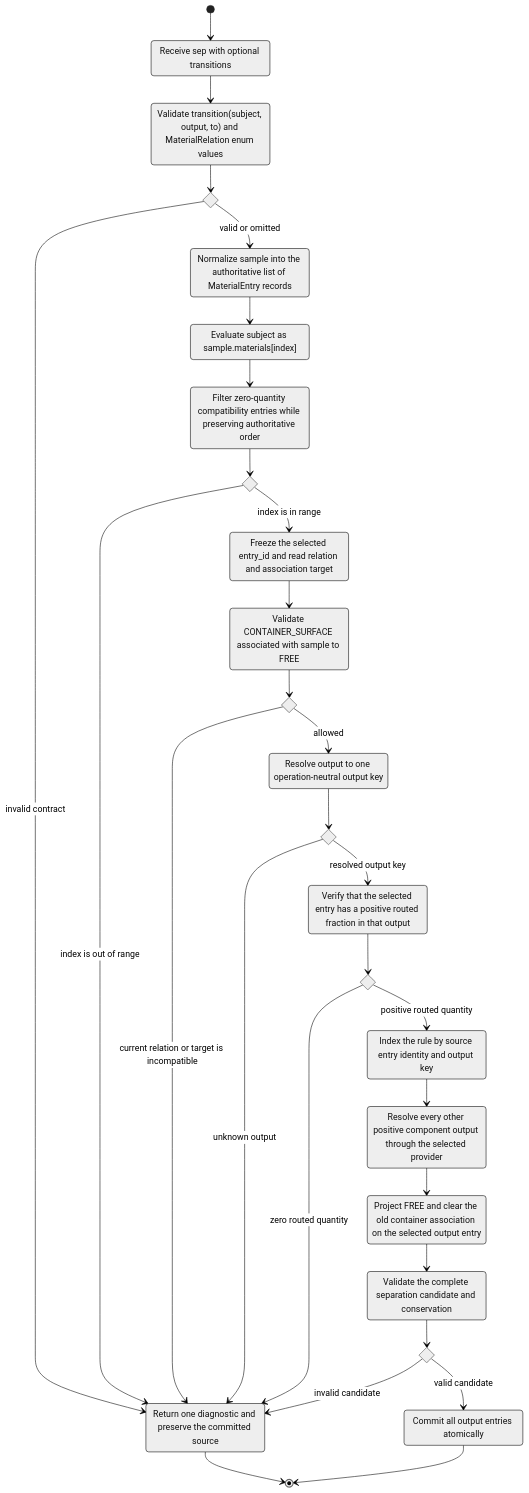
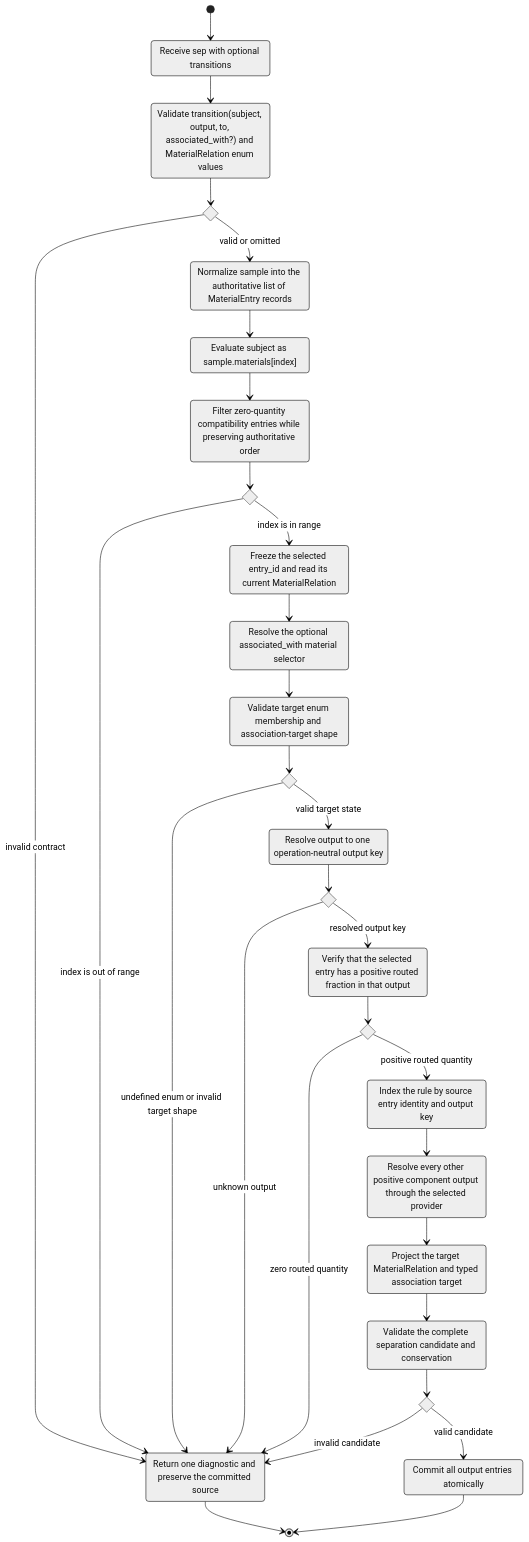
Before and after one commit to culsma/culsma: the third of 7 diagrams in docs/architecture/scientific_model_module_diagrams.md, drawn with Mermaid (neutral theme). The commit also changed other lines of this file and 12 other files, not shown here.

````diff
--- a/docs/architecture/scientific_model_module_diagrams.md
+++ b/docs/architecture/scientific_model_module_diagrams.md
@@ -164,55 +178,57 @@
 ```mermaid
 stateDiagram-v2
     direction TB
 
     state "Receive sep with optional transitions" as Receive
-    state "Validate transition(subject, output, to) and MaterialRelation enum values" as ValidateContract
+    state "Validate transition(subject, output, to, associated_with?) and MaterialRelation enum values" as ValidateContract
     state ContractValid <<choice>>
     state "Normalize sample into the authoritative list of MaterialEntry records" as NormalizeSource
     state "Evaluate subject as sample.materials[index]" as EvaluateIndex
     state "Filter zero-quantity compatibility entries while preserving authoritative order" as BuildLiveList
     state IndexInRange <<choice>>
-    state "Freeze the selected entry_id and read relation and association target" as ReadCurrentState
-    state "Validate CONTAINER_SURFACE associated with sample to FREE" as ValidatePair
-    state PairAllowed <<choice>>
+    state "Freeze the selected entry_id and read its current MaterialRelation" as ReadCurrentState
+    state "Resolve the optional associated_with material selector" as ResolveAssociation
+    state "Validate target enum membership and association-target shape" as ValidateTargetState
+    state TargetStateValid <<choice>>
     state "Resolve output to one operation-neutral output key" as ResolveOutput
     state OutputValid <<choice>>
     state "Verify that the selected entry has a positive routed fraction in that output" as ValidateFraction
     state PositiveFraction <<choice>>
     state "Index the rule by source entry identity and output key" as IndexRule
     state "Resolve every other positive component output through the selected provider" as ResolveFallbacks
-    state "Project FREE and clear the old container association on the selected output entry" as ProjectReleasedEntry
+    state "Project the target MaterialRelation and typed association target" as ProjectTargetEntry
     state "Validate the complete separation candidate and conservation" as ValidateCandidate
     state CandidateValid <<choice>>
     state "Commit all output entries atomically" as CommitCandidate
     state "Return one diagnostic and preserve the committed source" as Reject
 
     [*] --> Receive
     Receive --> ValidateContract
     ValidateContract --> ContractValid
     ContractValid --> Reject : invalid contract
     ContractValid --> NormalizeSource : valid or omitted
     NormalizeSource --> EvaluateIndex
     EvaluateIndex --> BuildLiveList
     BuildLiveList --> IndexInRange
     IndexInRange --> Reject : index is out of range
     IndexInRange --> ReadCurrentState : index is in range
-    ReadCurrentState --> ValidatePair
-    ValidatePair --> PairAllowed
-    PairAllowed --> Reject : current relation or target is incompatible
-    PairAllowed --> ResolveOutput : allowed
+    ReadCurrentState --> ResolveAssociation
+    ResolveAssociation --> ValidateTargetState
+    ValidateTargetState --> TargetStateValid
+    TargetStateValid --> Reject : undefined enum or invalid target shape
+    TargetStateValid --> ResolveOutput : valid target state
     ResolveOutput --> OutputValid
     OutputValid --> Reject : unknown output
     OutputValid --> ValidateFraction : resolved output key
     ValidateFraction --> PositiveFraction
     PositiveFraction --> Reject : zero routed quantity
     PositiveFraction --> IndexRule : positive routed quantity
     IndexRule --> ResolveFallbacks
-    ResolveFallbacks --> ProjectReleasedEntry
-    ProjectReleasedEntry --> ValidateCandidate
+    ResolveFallbacks --> ProjectTargetEntry
+    ProjectTargetEntry --> ValidateCandidate
     ValidateCandidate --> CandidateValid
     CandidateValid --> Reject : invalid candidate
     CandidateValid --> CommitCandidate : valid candidate
     Reject --> [*]
     CommitCandidate --> [*]
 ```
````
